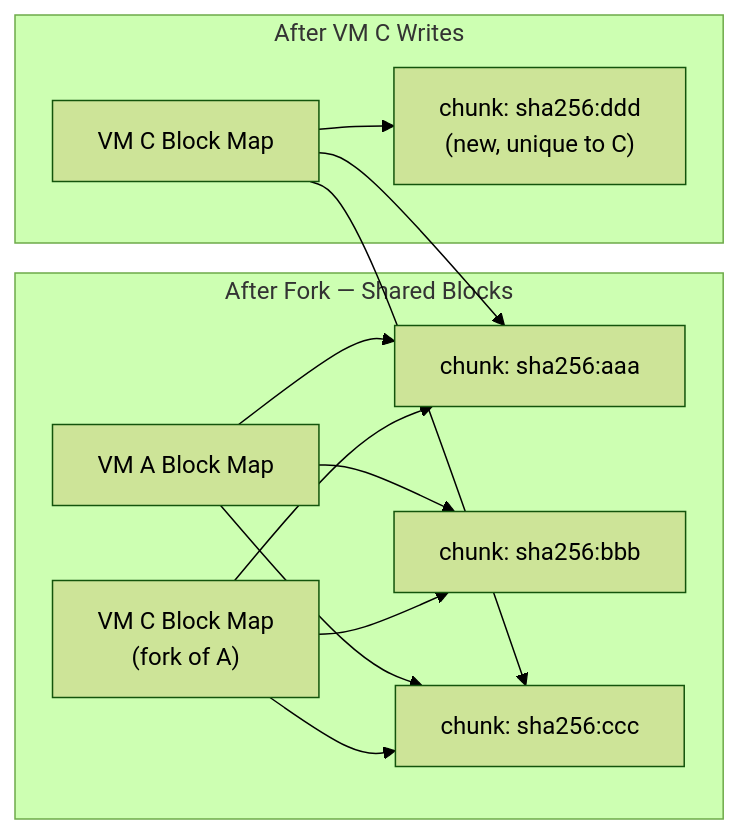
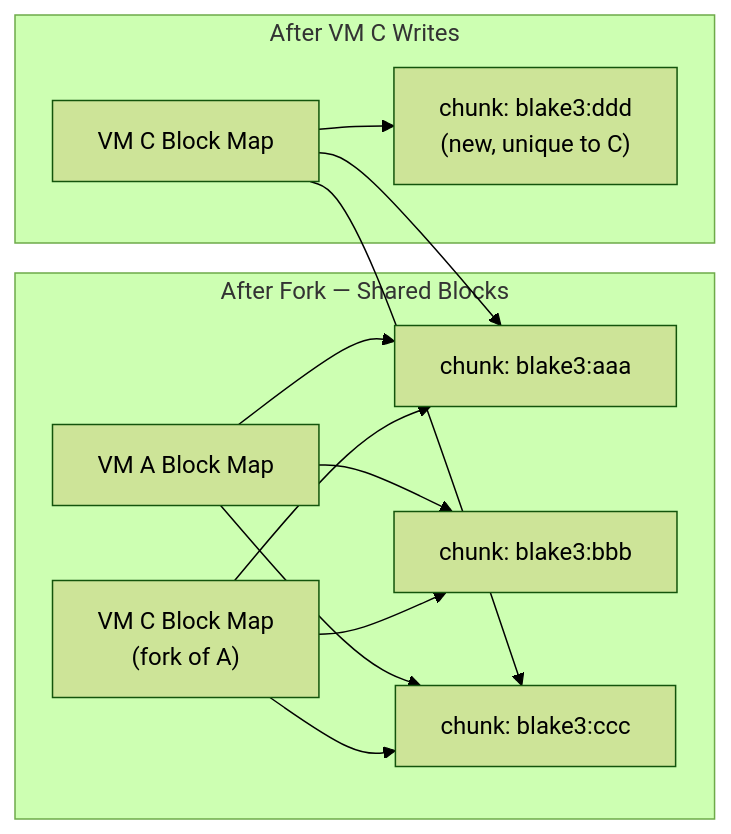
One commit to paraglidehq/glidefs changed the fourth of 18 diagrams in GLIDEv2.md. Above: the diagram before and after it, drawn with Mermaid (forest theme). The commit also changed other lines of this file, not shown here.

````diff
--- a/GLIDEv2.md
+++ b/GLIDEv2.md
@@ -249,18 +239,18 @@
 ```mermaid
 graph LR
     subgraph "After Fork — Shared Blocks"
-        MA["VM A Block Map"] --> B1["chunk: sha256:aaa"]
-        MA --> B2["chunk: sha256:bbb"]
-        MA --> B3["chunk: sha256:ccc"]
+        MA["VM A Block Map"] --> B1["chunk: blake3:aaa"]
+        MA --> B2["chunk: blake3:bbb"]
+        MA --> B3["chunk: blake3:ccc"]
 
         MC["VM C Block Map<br/>(fork of A)"] --> B1
         MC --> B2
         MC --> B3
     end
 
     subgraph "After VM C Writes"
         MC2["VM C Block Map"] --> B1
-        MC2 --> B4["chunk: sha256:ddd<br/>(new, unique to C)"]
+        MC2 --> B4["chunk: blake3:ddd<br/>(new, unique to C)"]
         MC2 --> B3
     end
 ```
````
